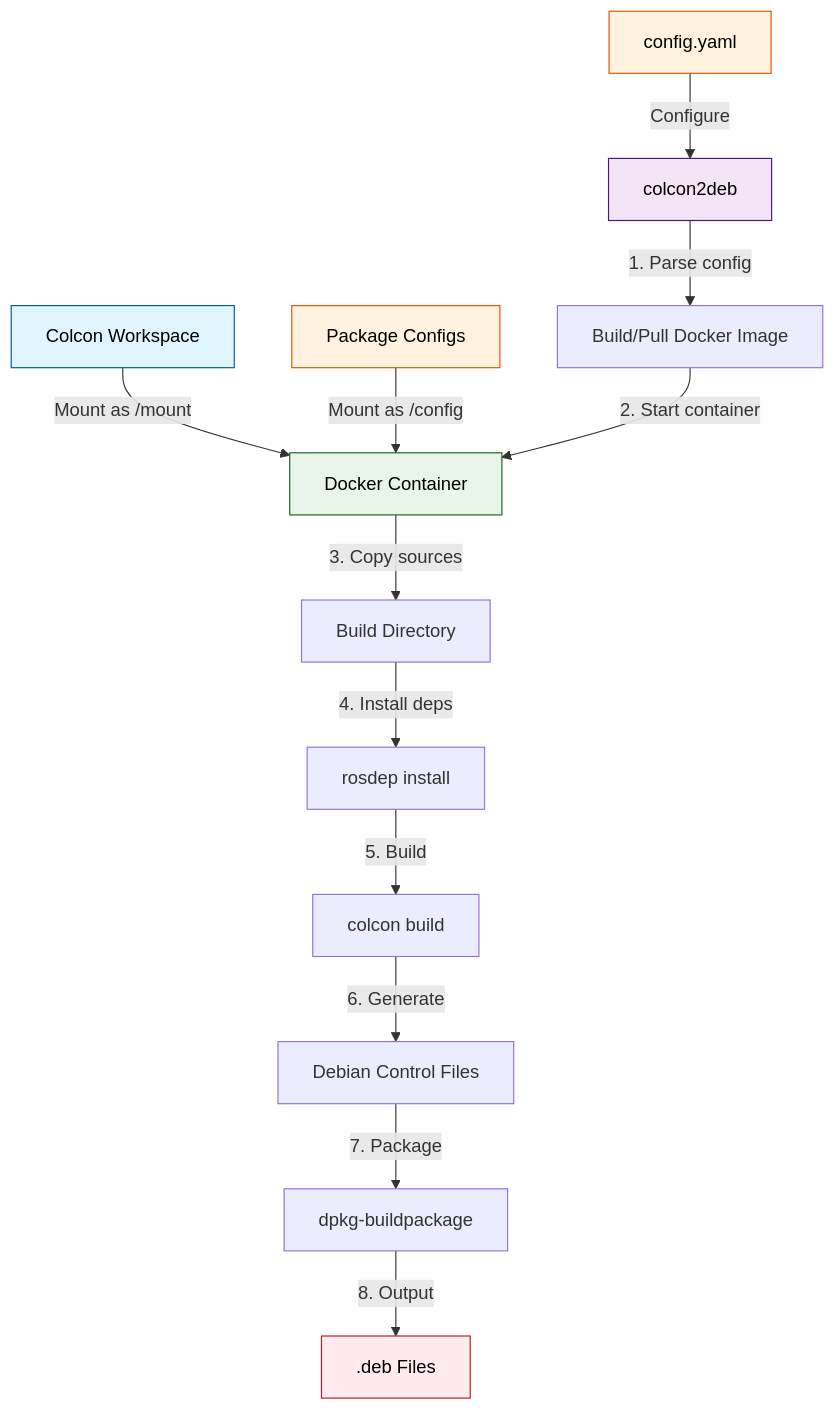
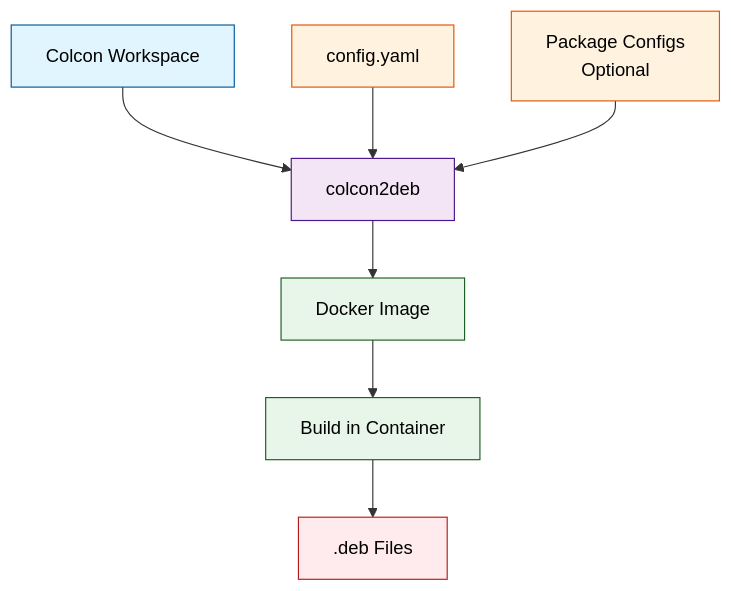
Before and after one commit to NEWSLabNTU/autoware-debian-packaging: the diagram in README.md, drawn with Mermaid.

Commit message:
Revise the workflow chart in README.md

````diff
--- a/README.md
+++ b/README.md
@@ -11,27 +11,21 @@
 ```mermaid
 graph TD
-    %% Input files
-    A[Colcon Workspace] -->|Mount as /mount| D[Docker Container]
-    B[config.yaml] -->|Configure| C[colcon2deb]
-    E[Package Configs] -->|Mount as /config| D
+    %% User inputs
+    A[Colcon Workspace] --> C[colcon2deb]
+    B[config.yaml] --> C
+    E[Package Configs<br/>Optional] --> C
     
-    %% Process flow
-    C -->|1. Parse config| F[Build/Pull Docker Image]
-    F -->|2. Start container| D
-    
-    %% Inside container
-    D -->|3. Copy sources| G[Build Directory]
-    G -->|4. Install deps| H[rosdep install]
-    H -->|5. Build| I[colcon build]
-    I -->|6. Generate| J[Debian Control Files]
-    J -->|7. Package| K[dpkg-buildpackage]
-    K -->|8. Output| L[.deb Files]
+    %% Process
+    C --> F[Docker Image]
+    F --> D[Build in Container]
+    D --> L[.deb Files]
     
     %% Styling
     style A fill:#e1f5fe,stroke:#01579b,color:#000
     style B fill:#fff3e0,stroke:#e65100,color:#000
     style E fill:#fff3e0,stroke:#e65100,color:#000
     style C fill:#f3e5f5,stroke:#4a148c,color:#000
+    style F fill:#e8f5e9,stroke:#1b5e20,color:#000
     style D fill:#e8f5e9,stroke:#1b5e20,color:#000
     style L fill:#ffebee,stroke:#b71c1c,color:#000
 ```
````
